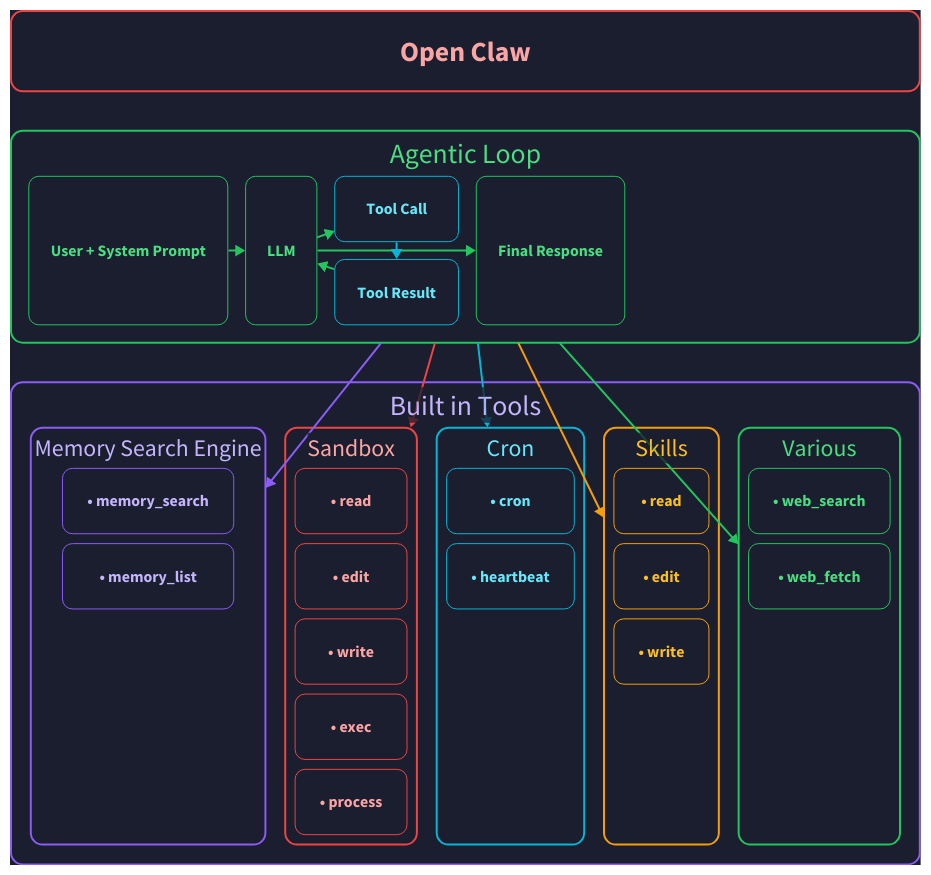
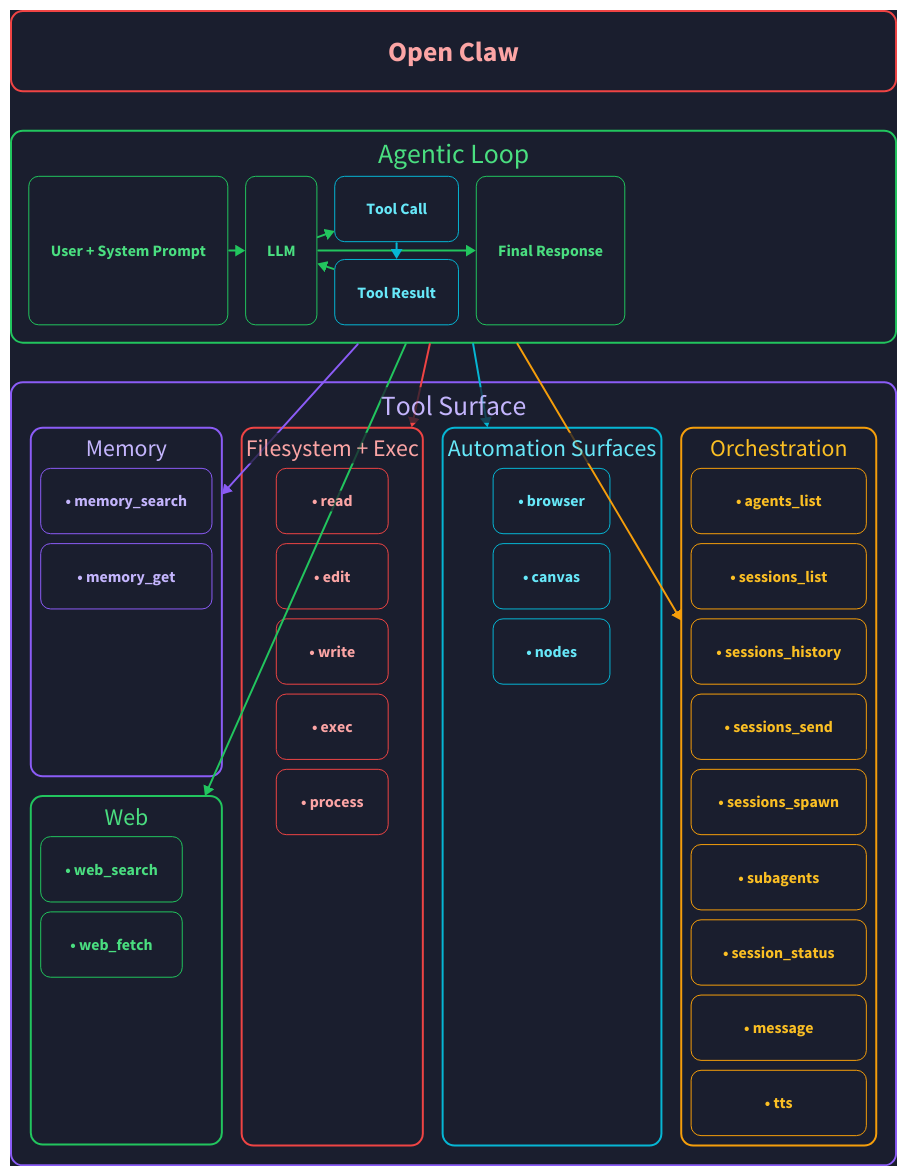
Before and after one commit to bionic-gpt/daisy-rsx: the diagram in crates/bionic-gpt/content/architect-course/020-basics-of-tool-calls/040-tool-calls-open-claw/open-claw.d2, drawn with D2. The commit also changed 1 other file, not shown here.

Commit message:
Update diagram

```diff
--- a/crates/bionic-gpt/content/architect-course/020-basics-of-tool-calls/040-tool-calls-open-claw/open-claw.d2
+++ b/crates/bionic-gpt/content/architect-course/020-basics-of-tool-calls/040-tool-calls-open-claw/open-claw.d2
@@ -1,151 +1,163 @@
 classes: {
   # ── structural ────────────────────────────
   panel: {
     style.border-radius: 12
     style.stroke-width: 2
     style.fill: "transparent"
   }
 
   card: {
     style.border-radius: 10
     style.fill: "transparent"
     style.stroke-width: 1
   }
 
   # ── semantic colors (stroke + text) ───────
   blue: {
     style.stroke: "#3b82f6"
     style.font-color: "#93c5fd"
   }
 
   amber: {
     style.stroke: "#f59e0b"
     style.font-color: "#fbbf24"
   }
 
   cyan: {
     style.stroke: "#06b6d4"
     style.font-color: "#67e8f9"
   }
 
   green: {
     style.stroke: "#22c55e"
     style.font-color: "#4ade80"
   }
 
   violet: {
     style.stroke: "#8b5cf6"
     style.font-color: "#c4b5fd"
   }
 
   red: {
     style.stroke: "#ef4444"
     style.font-color: "#fca5a5"
   }
 
   # ── edges ─────────────────────────────────
   edge-green: {style.stroke: "#22c55e"; style.stroke-width: 2}
   edge-amber: {style.stroke: "#f59e0b"; style.stroke-width: 2}
   edge-cyan: {style.stroke: "#06b6d4"; style.stroke-width: 2}
   edge-violet: {style.stroke: "#8b5cf6"; style.stroke-width: 2}
   edge-red: {style.stroke: "#ef4444"; style.stroke-width: 2}
   dashed: {style.stroke-dash: 6}
 }
 
 grid-columns: 1
 style.fill: "#1a1e2e"
 style.font-color: "#e6edf3"
 
 # ─────────────────────────────────────────────
 # Header
 # ─────────────────────────────────────────────
 header: "Open Claw" {
   class: [panel; red]
   grid-rows: 2
   grid-gap: 6
 }
 
 # ─────────────────────────────────────────────
 # Agent Loop
 # ─────────────────────────────────────────────
 agent: "Agentic Loop" {
   class: [panel; green]
 
   grid-columns: 4
   grid-gap: 18
 
   prompt: "User + System Prompt" {class: [card; green]}
   llm: "LLM" {class: [card; green]}
   tool_call: "Tool Call" {class: [card; cyan]}
   tool_result: "Tool Result" {class: [card; cyan]}
   response: "Final Response" {class: [card; green]}
 }
 
 # Primary flow
 agent.prompt -> agent.llm: {class: edge-green}
 agent.llm -> agent.response: {class: edge-green}
 
 # Tool loop
 agent.llm -> agent.tool_call: {class: edge-green}
 agent.tool_call -> agent.tool_result: {class: edge-cyan}
 agent.tool_result -> agent.llm: {class: edge-green}
 
 # ─────────────────────────────────────────────
-# Bottom row
+# Bottom row (corrected to match gist toolset)
 # ─────────────────────────────────────────────
-main_tools: "Built in Tools" {
+main_tools: "Tool Surface" {
   class: [panel; violet]
-  grid-columns: 5
+  grid-columns: 4
   grid-gap: 20
-  memory: "Memory Search Engine" {
+
+  memory: "Memory" {
     class: [panel; violet]
     grid-columns: 1
     grid-gap: 10
 
     memory_search: "• memory_search" {class: [card; violet]}
-    memory_list: "• memory_list" {class: [card; violet]}
+    memory_get: "• memory_get" {class: [card; violet]}
   }
-  sandbox: "Sandbox" {
+
+  web: "Web" {
+    class: [panel; green]
+    grid-columns: 1
+    grid-gap: 10
+
+    web_search: "• web_search" {class: [card; green]}
+    web_fetch: "• web_fetch" {class: [card; green]}
+  }
+
+  sandbox: "Filesystem + Exec" {
     class: [panel; red]
     grid-columns: 1
     grid-gap: 10
 
     read: "• read" {class: [card; red]}
     edit: "• edit" {class: [card; red]}
     write: "• write" {class: [card; red]}
     exec: "• exec" {class: [card; red]}
     process: "• process" {class: [card; red]}
   }
-  cron: "Cron" {
+
+  automation: "Automation Surfaces" {
     class: [panel; cyan]
     grid-columns: 1
     grid-gap: 10
 
-    cron_job: "• cron" {class: [card; cyan]}
-    heartbeat: "• heartbeat" {class: [card; cyan]}
+    browser: "• browser" {class: [card; cyan]}
+    canvas: "• canvas" {class: [card; cyan]}
+    nodes: "• nodes" {class: [card; cyan]}
   }
-  skills: "Skills" {
+
+  orchestration: "Orchestration" {
     class: [panel; amber]
     grid-columns: 1
     grid-gap: 10
 
-    read: "• read" {class: [card; amber]}
-    edit: "• edit" {class: [card; amber]}
-    write: "• write" {class: [card; amber]}
-  }
-  various: "Various" {
-    class: [panel; green]
-    grid-columns: 1
-    grid-gap: 10
-
-    web_search: "• web_search" {class: [card; green]}
-    web_fetch: "• web_fetch" {class: [card; green]}
+    agents_list: "• agents_list" {class: [card; amber]}
+    sessions_list: "• sessions_list" {class: [card; amber]}
+    sessions_history: "• sessions_history" {class: [card; amber]}
+    sessions_send: "• sessions_send" {class: [card; amber]}
+    sessions_spawn: "• sessions_spawn" {class: [card; amber]}
+    subagents: "• subagents" {class: [card; amber]}
+    session_status: "• session_status" {class: [card; amber]}
+    message: "• message" {class: [card; amber]}
+    tts: "• tts" {class: [card; amber]}
   }
 }
 
-# Agent → bottom blocks
+# Agent → bottom blocks (corrected)
 agent -> main_tools.memory: {class: edge-violet}
-agent -> main_tools.various: {class: edge-green}
+agent -> main_tools.web: {class: edge-green}
 agent -> main_tools.sandbox: {class: edge-red}
-agent -> main_tools.cron: {class: edge-cyan}
-agent -> main_tools.skills: {class: edge-amber}
+agent -> main_tools.automation: {class: edge-cyan}
+agent -> main_tools.orchestration: {class: edge-amber}
```
